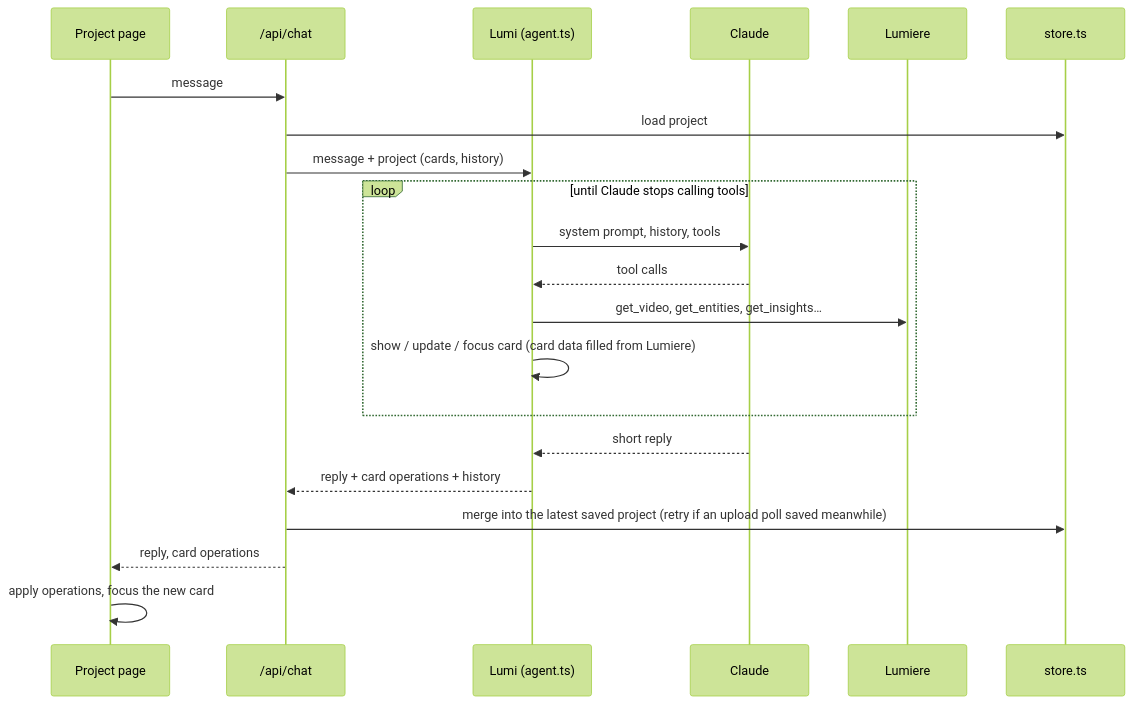
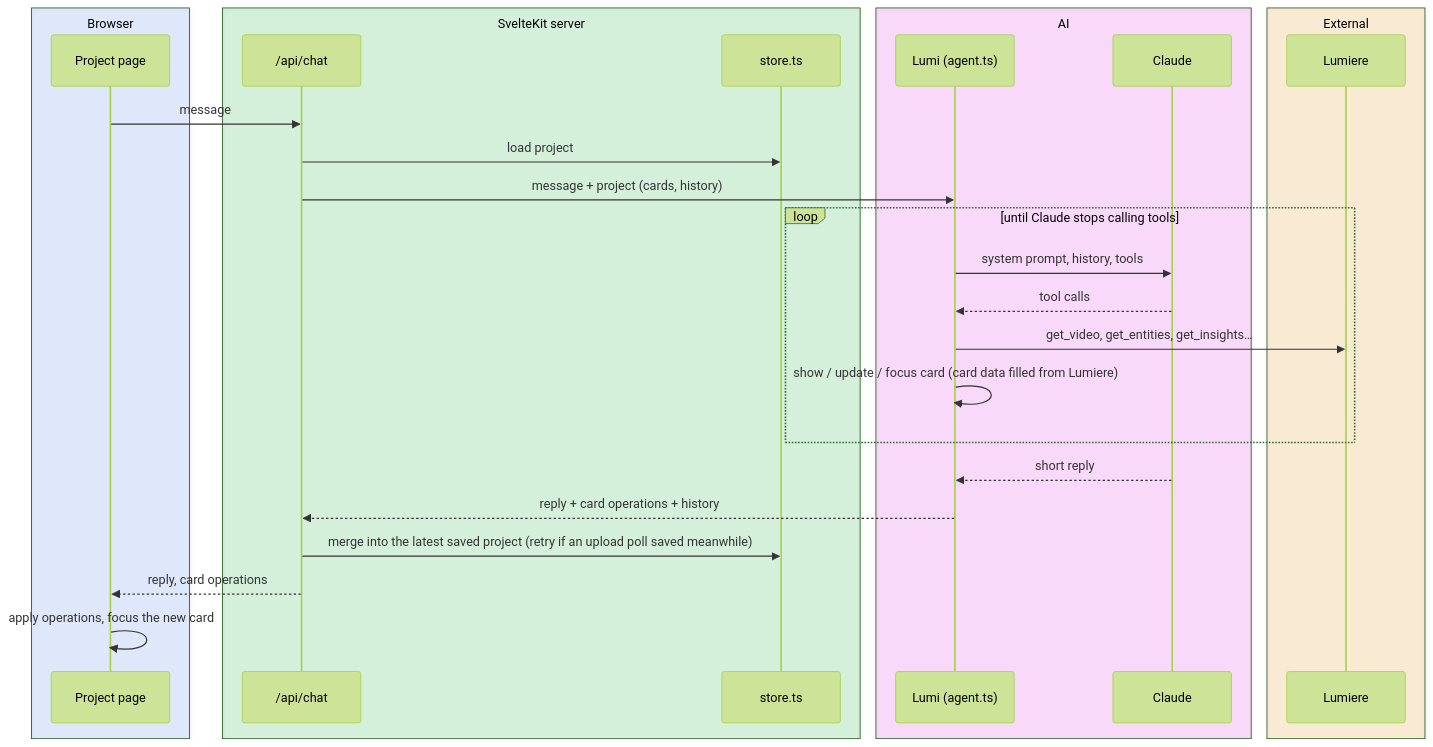
One commit to iamvaskiv/iris changed the second of 6 diagrams in docs/architecture.md. Above: the diagram before and after it, drawn with Mermaid (forest theme). The commit also changed other lines of this file and 2 other files, not shown here.

First line of the commit message:
Diagrams: classic Mermaid look, colour-coded by role

````diff
--- a/docs/architecture.md
+++ b/docs/architecture.md
@@ -57,23 +74,35 @@
 ```mermaid
+---
+config:
+  look: classic
+---
 sequenceDiagram
-    participant P as Project page
-    participant C as /api/chat
-    participant A as Lumi (agent.ts)
-    participant Cl as Claude
-    participant L as Lumiere
-    participant S as store.ts
+    box rgba(76,125,255,0.15) Browser
+        participant P as Project page
+    end
+    box rgba(0,189,50,0.15) SvelteKit server
+        participant C as /api/chat
+        participant S as store.ts
+    end
+    box rgba(244,36,255,0.15) AI
+        participant A as Lumi (agent.ts)
+        participant Cl as Claude
+    end
+    box rgba(247,146,5,0.15) External
+        participant L as Lumiere
+    end
     P->>C: message
     C->>S: load project
     C->>A: message + project (cards, history)
     loop until Claude stops calling tools
         A->>Cl: system prompt, history, tools
         Cl-->>A: tool calls
         A->>L: get_video, get_entities, get_insights…
         A->>A: show / update / focus card (card data filled from Lumiere)
     end
     Cl-->>A: short reply
     A-->>C: reply + card operations + history
     C->>S: merge into the latest saved project (retry if an upload poll saved meanwhile)
     C-->>P: reply, card operations
     P->>P: apply operations, focus the new card
 ```
````
